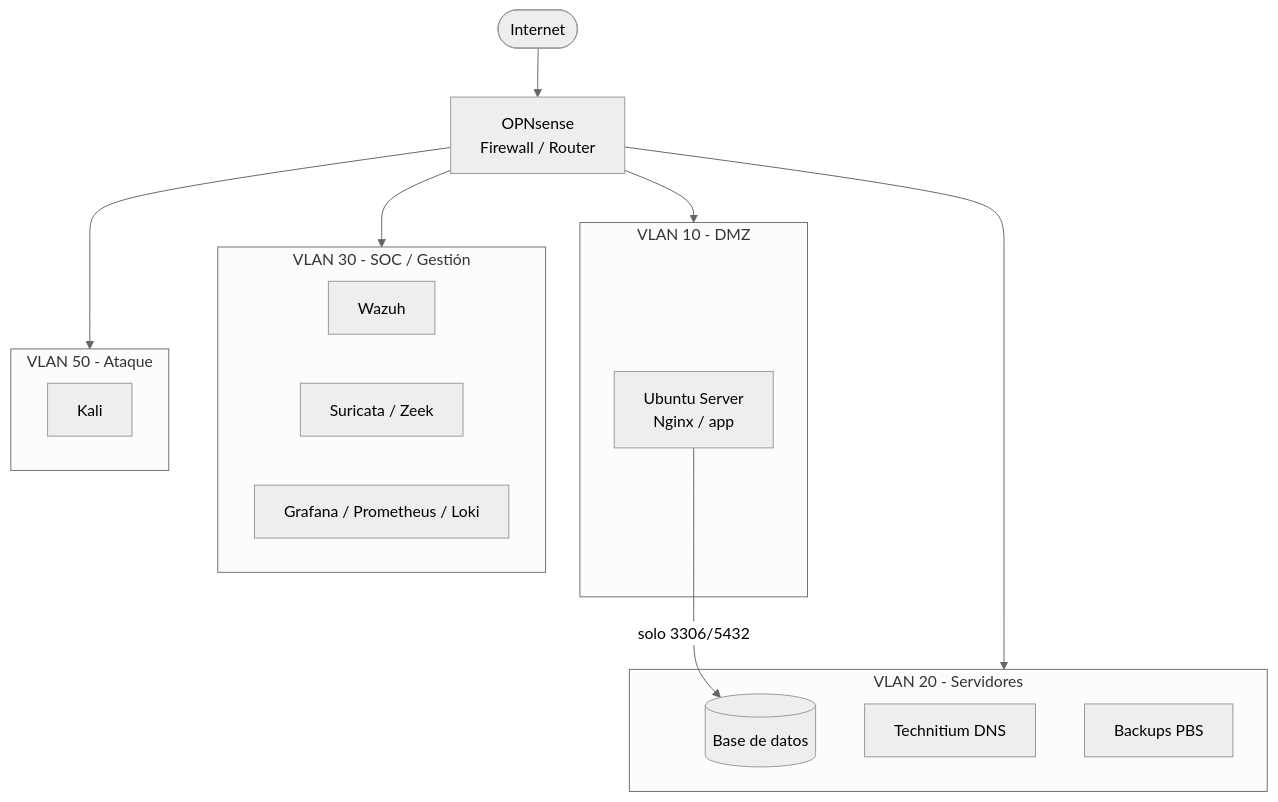
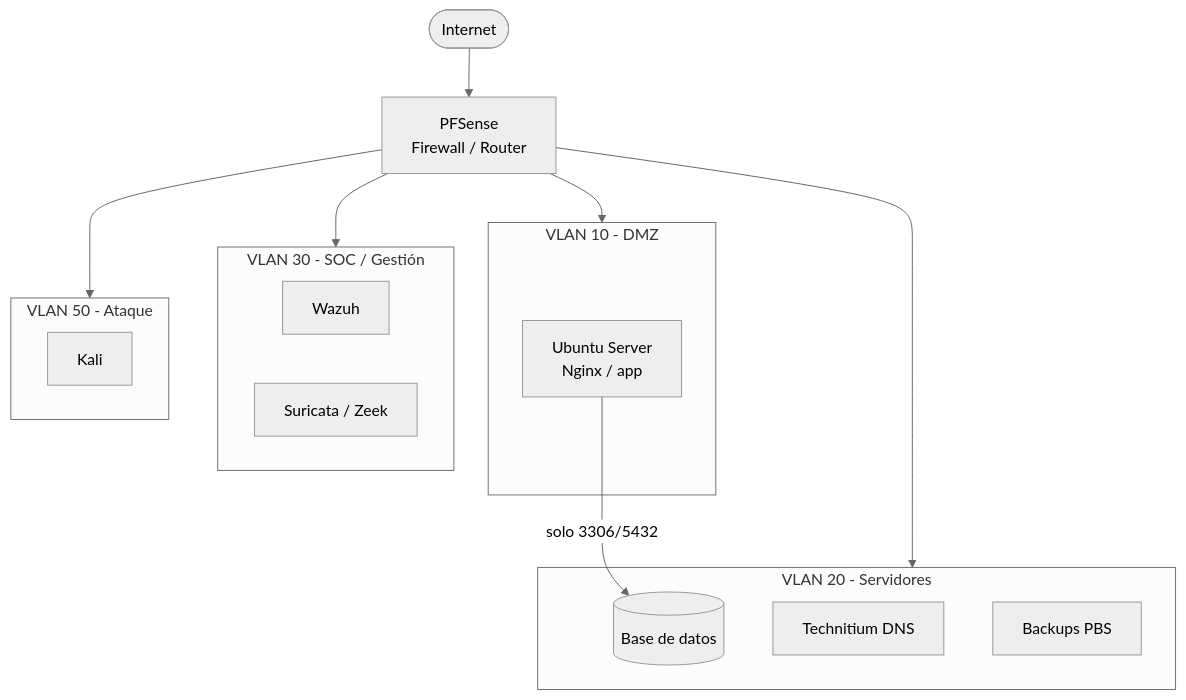
The diagram in README.md (Doomsday2409/HOMELAB-CIBERSEGURIDAD), drawn with Mermaid (neutral theme) before and after one commit.

````diff
--- a/README.md
+++ b/README.md
@@ -26,30 +26,29 @@
 ```mermaid
 flowchart TB
-    INET(["Internet"]) --> FW["OPNsense<br/>Firewall / Router"]
+    INET(["Internet"]) --> FW["PFSense<br/>Firewall / Router"]
     FW --> DMZ
     FW --> SRV
     FW --> SOC
     FW --> ATK
 
     subgraph DMZ["VLAN 10 - DMZ"]
         WEB["Ubuntu Server<br/>Nginx / app"]
     end
 
     subgraph SRV["VLAN 20 - Servidores"]
         DB[("Base de datos")]
         DNS["Technitium DNS"]
         PBS["Backups PBS"]
     end
 
     subgraph SOC["VLAN 30 - SOC / Gestión"]
         WAZ["Wazuh"]
         IDS["Suricata / Zeek"]
-        GRA["Grafana / Prometheus / Loki"]
     end
 
     subgraph ATK["VLAN 50 - Ataque"]
         KALI["Kali"]
     end
 
     WEB -->|"solo 3306/5432"| DB
 ```
````
